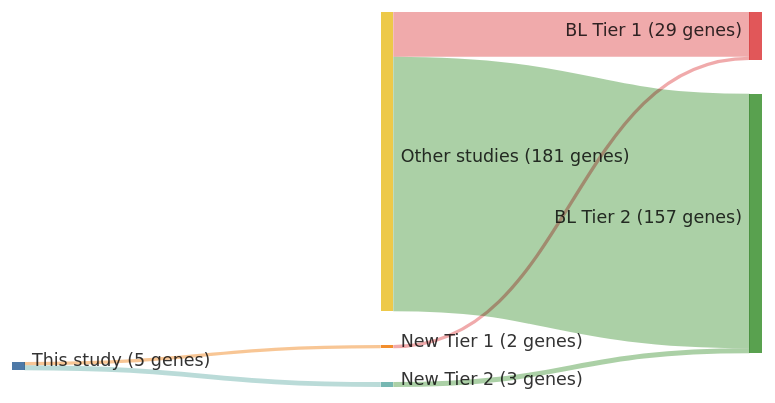
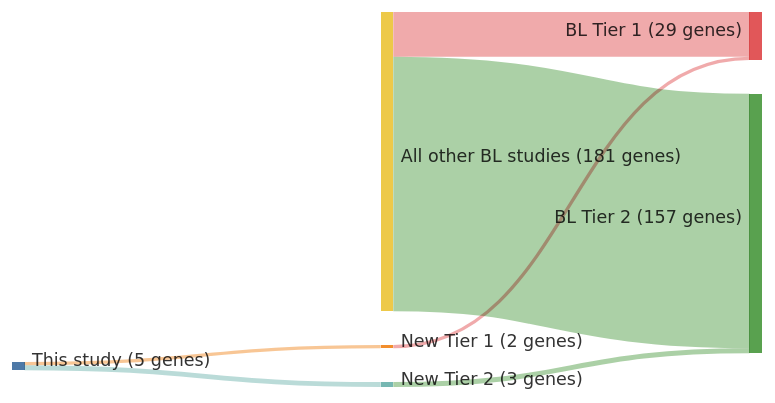
Before and after one commit to morinlab/lymphopedia: the diagram in papers/thomasGeneticSubgroupsInform2023.md, drawn with Mermaid. The commit also changed 82 other files, not shown here.

````diff
--- a/papers/thomasGeneticSubgroupsInform2023.md
+++ b/papers/thomasGeneticSubgroupsInform2023.md
@@ -12,20 +12,20 @@
 ```mermaid
 ---
 config:
     sankey:
         showValues: true
         linkColor: target
         width: 600
         height: 300
         nodeAlignment: right
         prefix: '('
         suffix: ' genes)'
 ---
 sankey-beta
 This study, New Tier 1, 2
 New Tier 1, BL Tier 1, 2
 This study, New Tier 2, 3
 New Tier 2, BL Tier 2, 3
-Other studies, BL Tier 1, 27
-Other studies, BL Tier 2, 154
+All other BL studies, BL Tier 1, 27
+All other BL studies, BL Tier 2, 154
 ```
````
